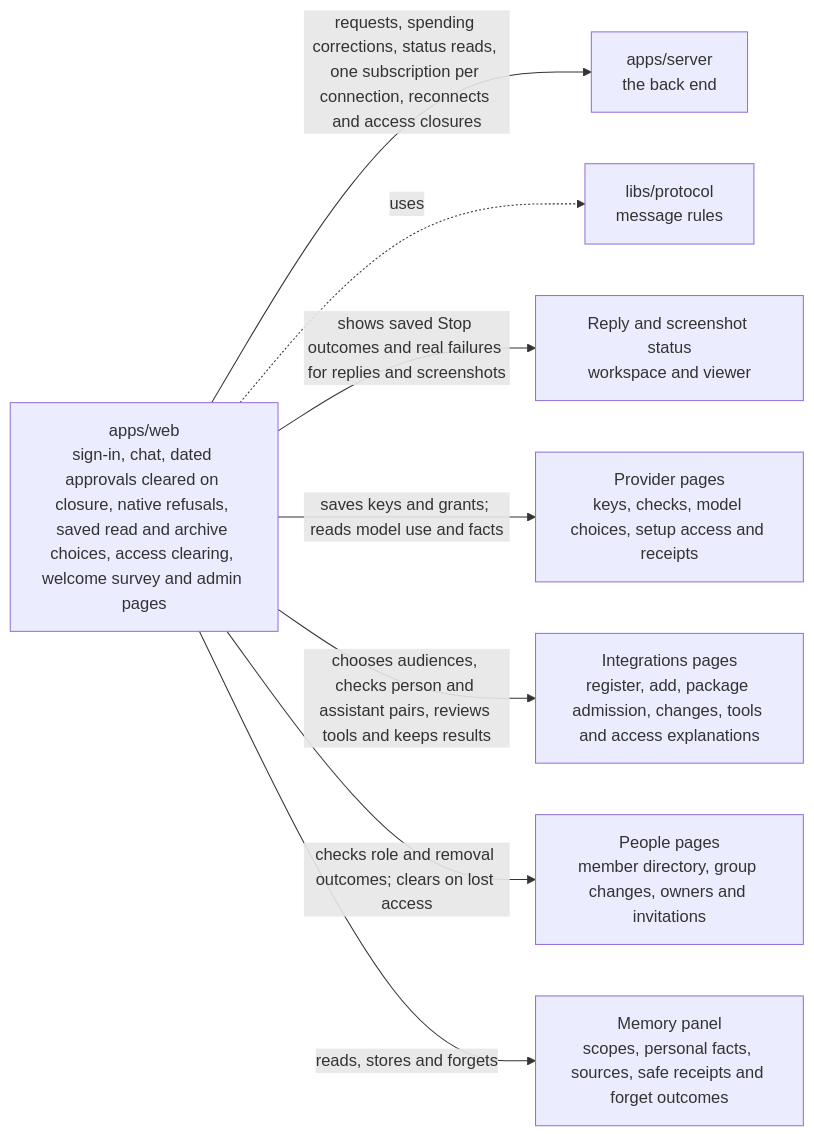
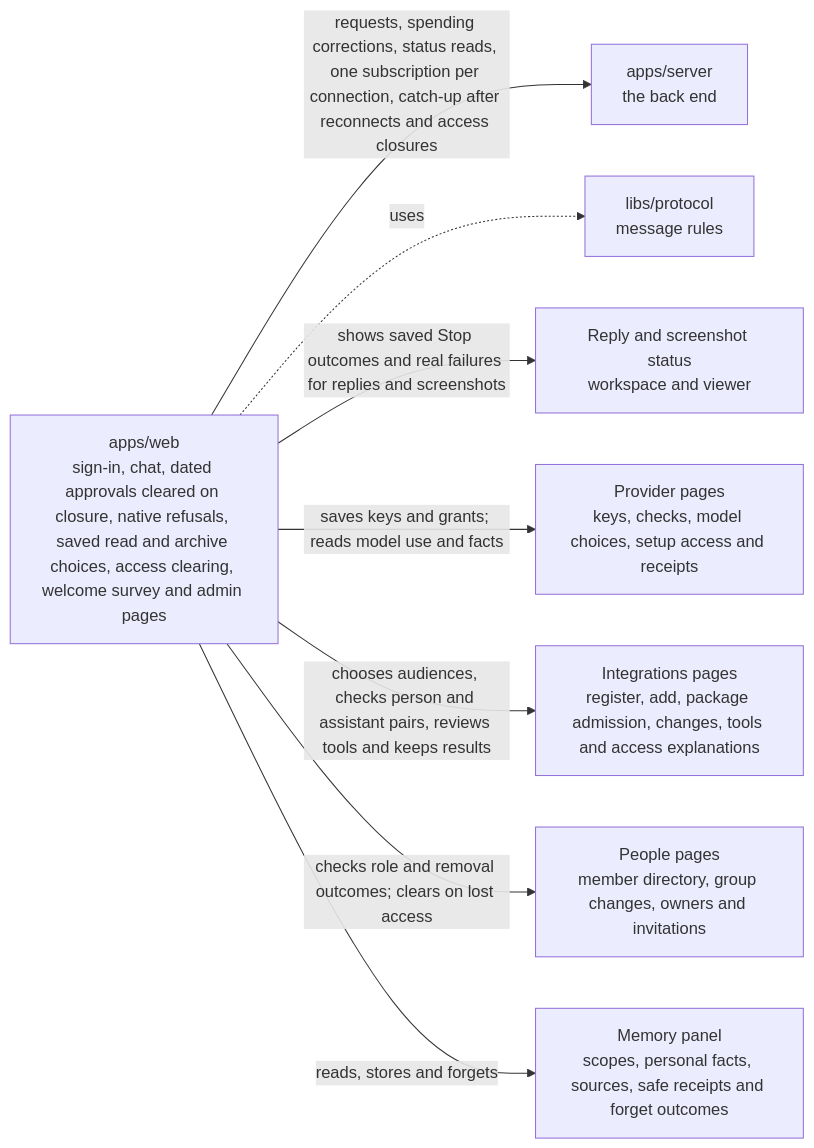
Before and after one commit to elewa-git/opencrane-new: the diagram in apps/web/README.md, drawn with Mermaid. The commit also changed other lines of this file and 4 other files, not shown here.

Commit message:
🐛 Cancel chat history on socket closure and catch up after reconnecting

````diff
--- a/apps/web/README.md
+++ b/apps/web/README.md
@@ -11,10 +11,10 @@
 ```mermaid
 flowchart LR
-  web["apps/web<br/>sign-in, chat, dated approvals cleared on closure, native refusals, saved read and archive choices, access clearing, welcome survey and admin pages"] -->|requests, spending corrections, status reads, one subscription per connection, reconnects and access closures| server["apps/server<br/>the back end"]
+  web["apps/web<br/>sign-in, chat, dated approvals cleared on closure, native refusals, saved read and archive choices, access clearing, welcome survey and admin pages"] -->|requests, spending corrections, status reads, one subscription per connection, catch-up after reconnects and access closures| server["apps/server<br/>the back end"]
   web -.->|uses| protocol["libs/protocol<br/>message rules"]
   web -->|shows saved Stop outcomes and real failures for replies and screenshots| capture["Reply and screenshot status<br/>workspace and viewer"]
   web -->|saves keys and grants; reads model use and facts| providers["Provider pages<br/>keys, checks, model choices, setup access and receipts"]
   web -->|chooses audiences, checks person and assistant pairs, reviews tools and keeps results| integrations["Integrations pages<br/>register, add, package admission, changes, tools and access explanations"]
   web -->|checks role and removal outcomes; clears on lost access| people["People pages<br/>member directory, group changes, owners and invitations"]
   web -->|reads, stores and forgets| memory["Memory panel<br/>scopes, personal facts, sources, safe receipts and forget outcomes"]
 ```
````
